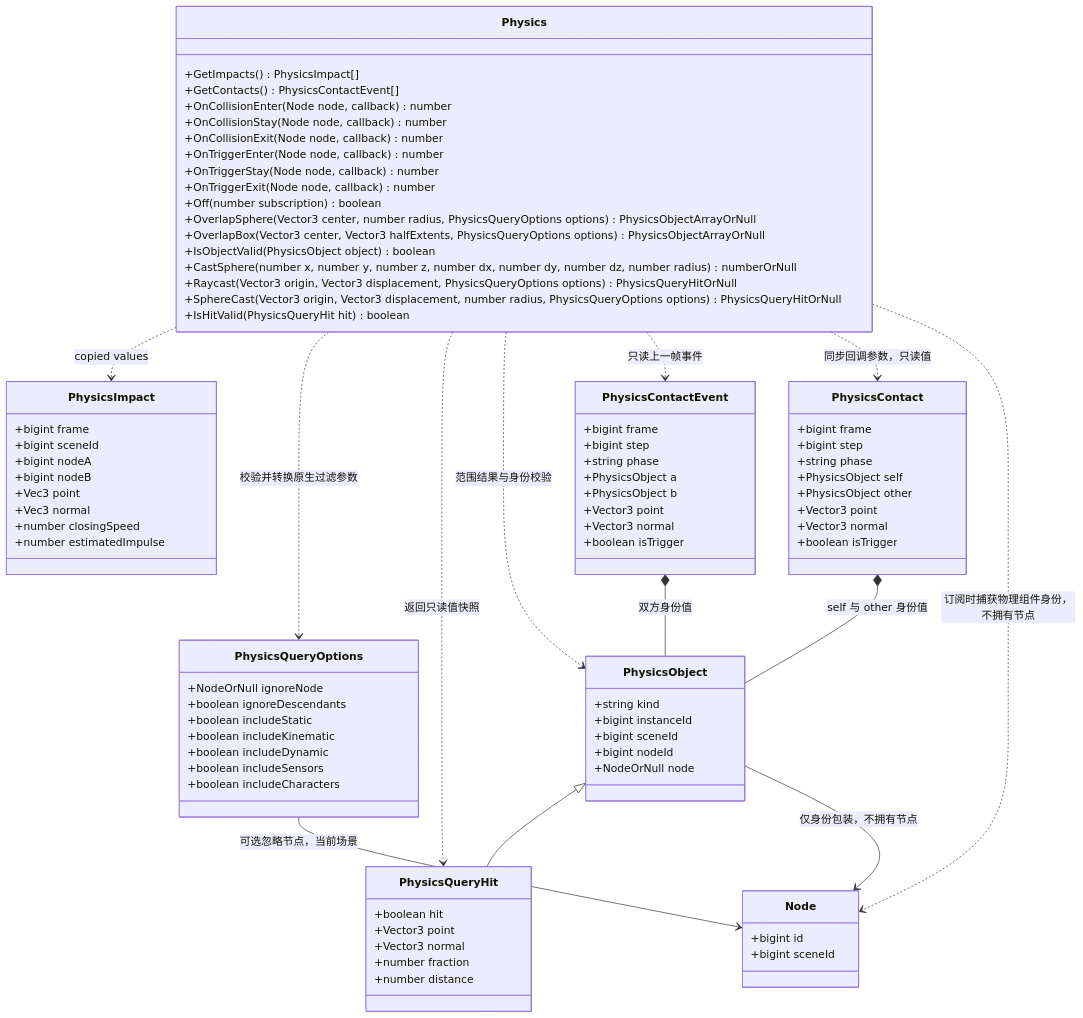
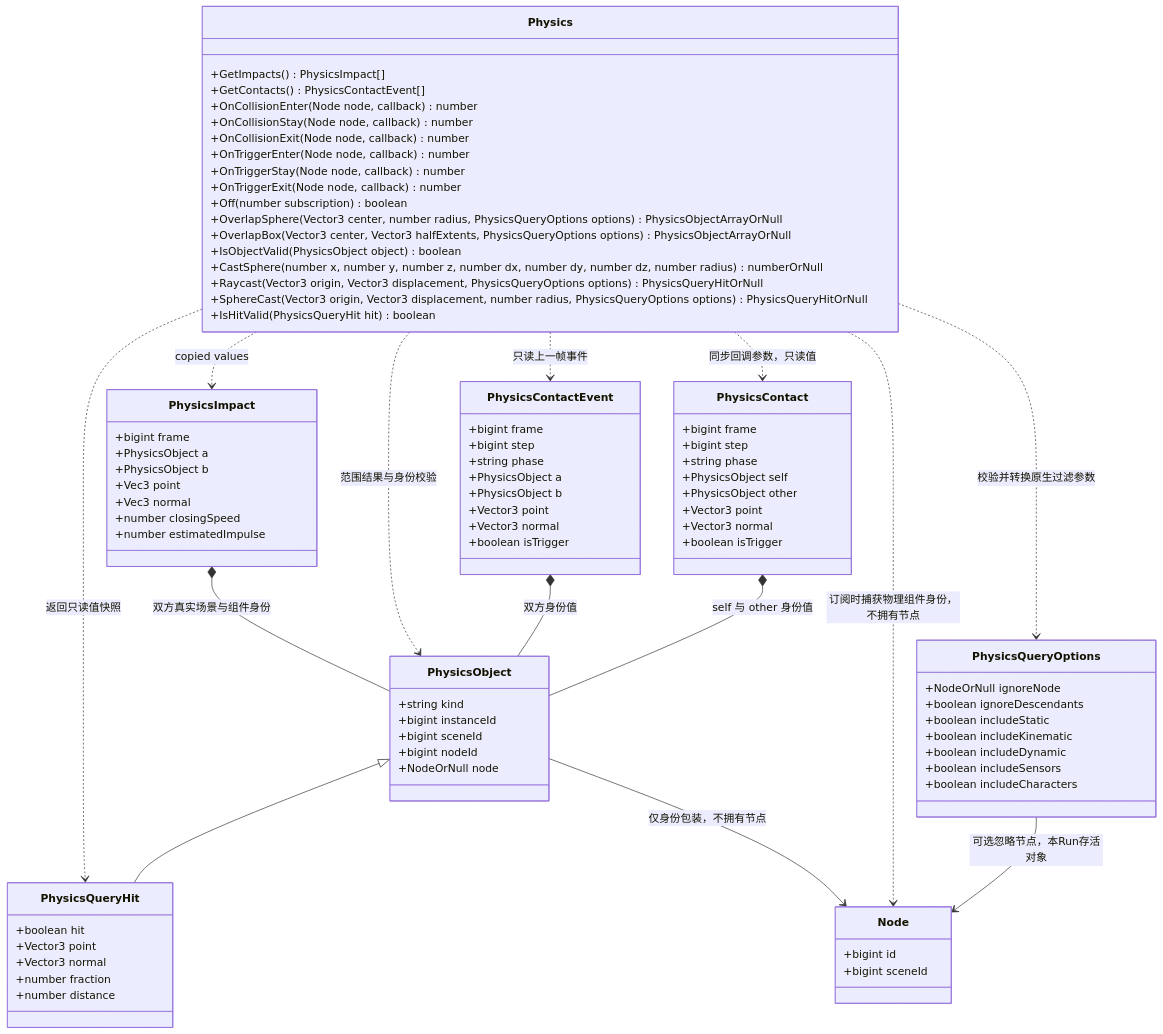
Before and after one commit to lcals/Engine: the fourth of 4 diagrams in docs/plugins/runtime/class-diagrams/physics-audio-script-api.md, drawn with Mermaid. The commit also changed other lines of this file and 98 other files, not shown here.

Commit message:
Preserve persistent node trees and UI across scene changes

````diff
--- a/docs/plugins/runtime/class-diagrams/physics-audio-script-api.md
+++ b/docs/plugins/runtime/class-diagrams/physics-audio-script-api.md
@@ -148,15 +148,15 @@
 }
 class PhysicsImpact {
     +bigint frame
-    +bigint sceneId
-    +bigint nodeA
-    +bigint nodeB
+    +PhysicsObject a
+    +PhysicsObject b
     +Vec3 point
     +Vec3 normal
     +number closingSpeed
     +number estimatedImpulse
 }
 Physics ..> PhysicsImpact : copied values
+PhysicsImpact *-- PhysicsObject : 双方真实场景与组件身份
 Physics ..> PhysicsQueryOptions : 校验并转换原生过滤参数
 Physics ..> PhysicsQueryHit : 返回只读值快照
 PhysicsObject <|-- PhysicsQueryHit
@@ -167,5 +167,5 @@
 Physics ..> PhysicsContact : 同步回调参数，只读值
 PhysicsContact *-- PhysicsObject : self 与 other 身份值
 Physics ..> Node : 订阅时捕获物理组件身份，不拥有节点
-PhysicsQueryOptions --> Node : 可选忽略节点，当前场景
+PhysicsQueryOptions --> Node : 可选忽略节点，本Run存活对象
 ```
````
